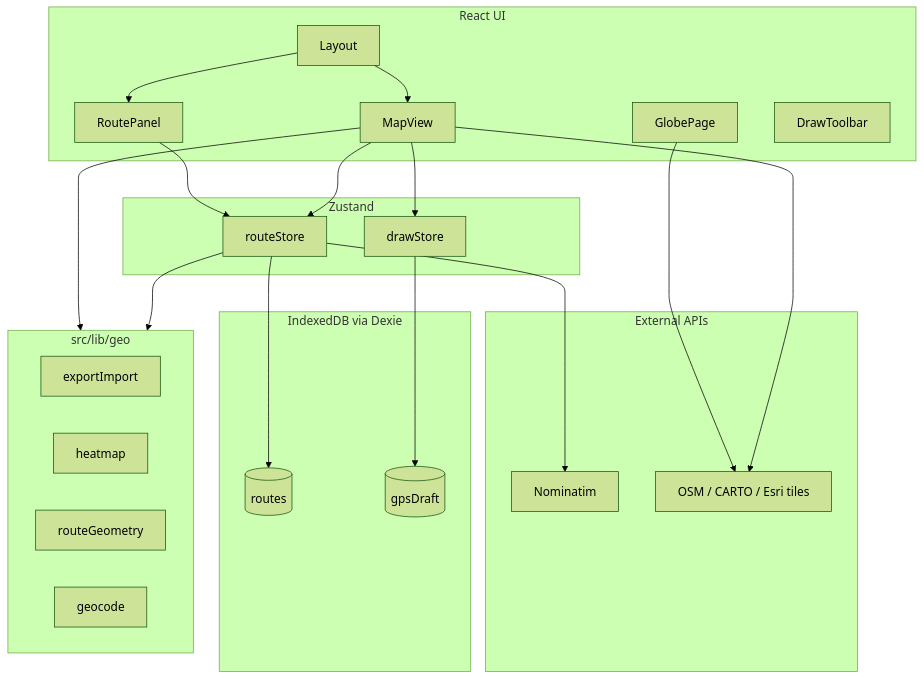
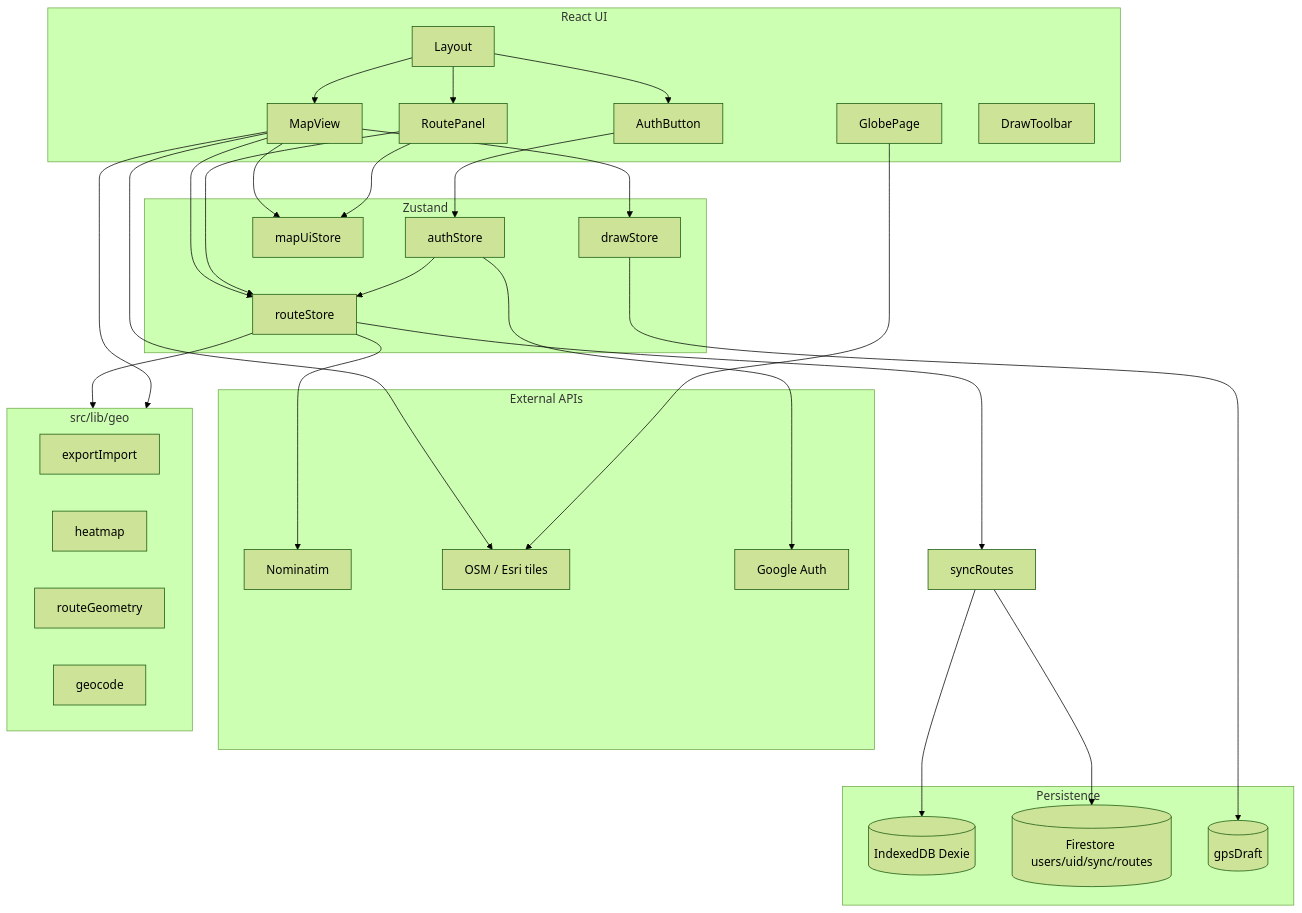
One commit to ib1zza/your-path-tracker changed the diagram in docs/architecture.md. Above: the diagram before and after it, drawn with Mermaid (forest theme). The commit also changed other lines of this file and 53 other files, not shown here.

````diff
--- a/docs/architecture.md
+++ b/docs/architecture.md
@@ -5,45 +5,58 @@
 ```mermaid
 flowchart TB
   subgraph UI [React UI]
     Layout
+    AuthButton
     MapView
     GlobePage
     RoutePanel
     DrawToolbar
   end
 
   subgraph State [Zustand]
     routeStore
     drawStore
+    authStore
+    mapUiStore
   end
 
-  subgraph Persistence [IndexedDB via Dexie]
-    routes[(routes)]
+  subgraph Persistence [Persistence]
+    routesDb[(IndexedDB Dexie)]
+    firestore[(Firestore users/uid/sync/routes)]
     gpsDraft[(gpsDraft)]
   end
 
   subgraph External [External APIs]
     Nominatim
-    TileServers[OSM / CARTO / Esri tiles]
+    TileServers[OSM / Esri tiles]
+    GoogleAuth[Google Auth]
   end
 
   subgraph GeoLib [src/lib/geo]
     exportImport
     heatmap
     routeGeometry
     geocode
   end
 
   Layout --> MapView
   Layout --> RoutePanel
+  Layout --> AuthButton
+  AuthButton --> authStore
   MapView --> routeStore
   MapView --> drawStore
+  MapView --> mapUiStore
   RoutePanel --> routeStore
-  routeStore --> routes
-  drawStore --> gpsDraft
+  RoutePanel --> mapUiStore
+  authStore --> routeStore
   routeStore --> GeoLib
   MapView --> GeoLib
   routeStore --> Nominatim
   MapView --> TileServers
   GlobePage --> TileServers
+  authStore --> GoogleAuth
+  routeStore --> syncRoutes
+  syncRoutes --> routesDb
+  syncRoutes --> firestore
+  drawStore --> gpsDraft
 ```
````
